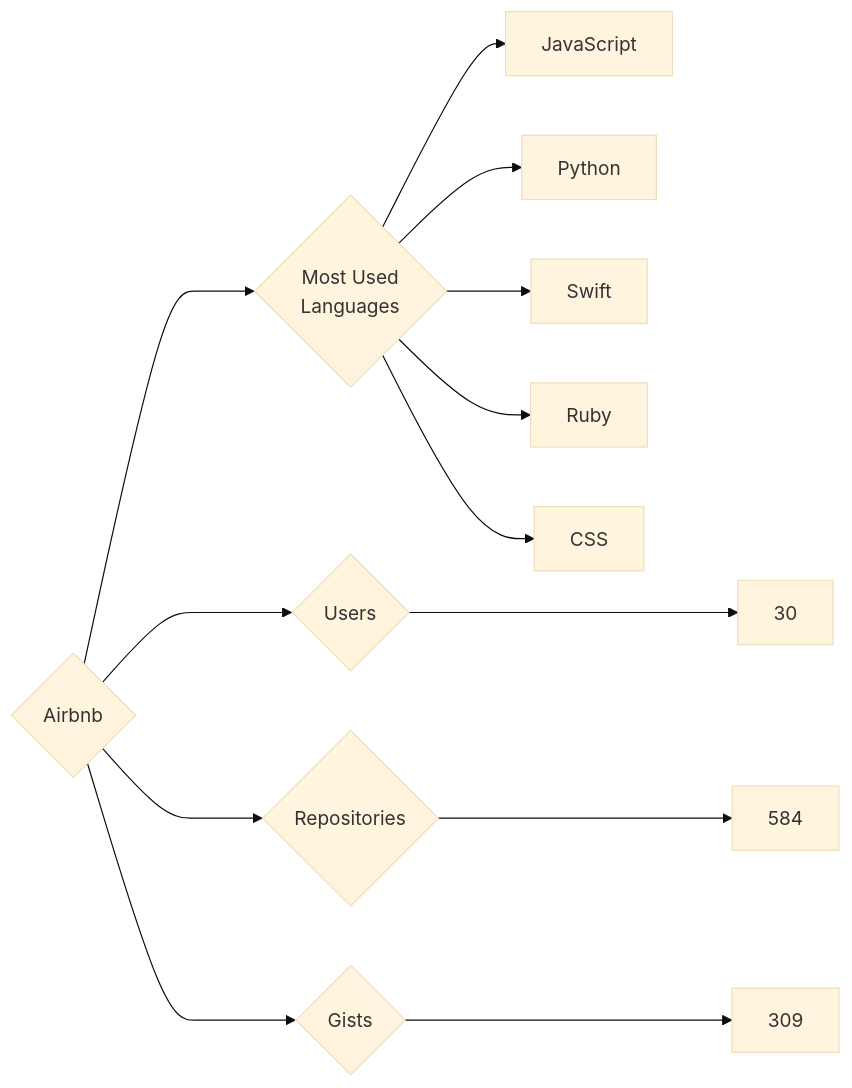
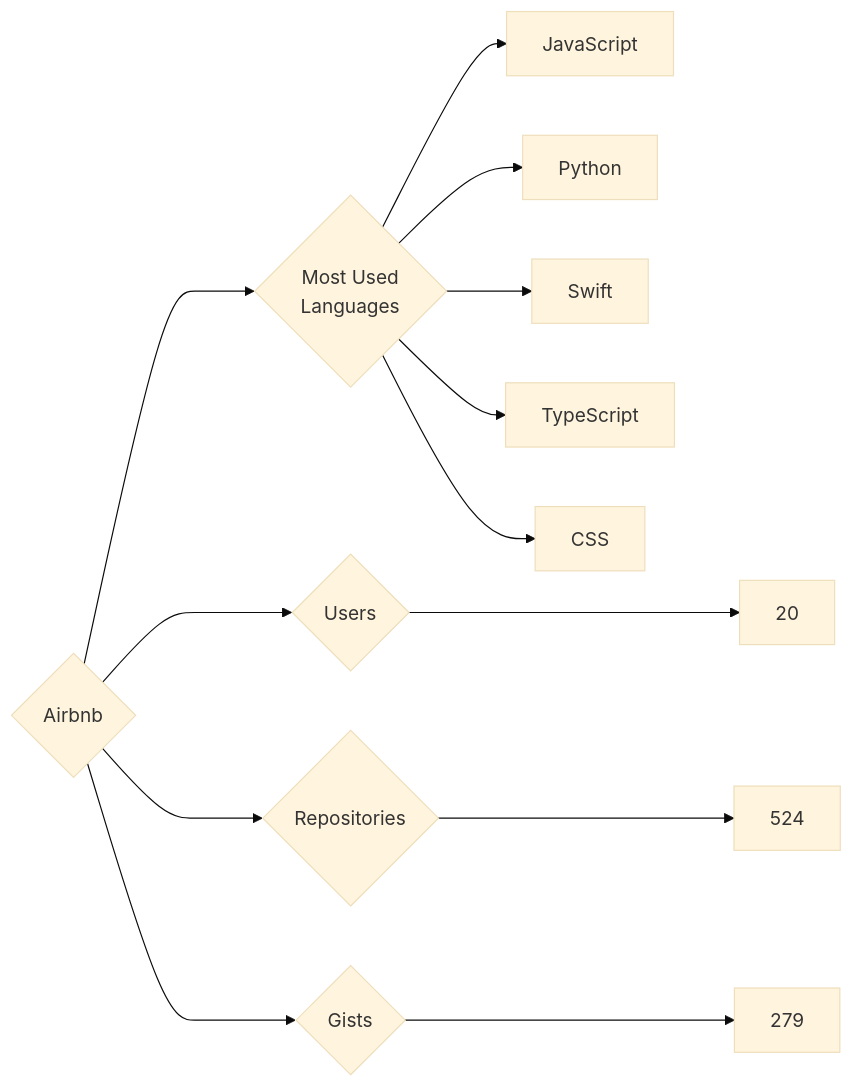
Before and after one commit to trickest/insiders: the diagram in targets/Airbnb/README.md, drawn with Mermaid (base theme). The commit also changed 682 other files, not shown here.

````diff
--- a/targets/Airbnb/README.md
+++ b/targets/Airbnb/README.md
@@ -3,13 +3,13 @@
 ```mermaid
 graph LR
 COMPANY_NAME{Airbnb}
-COMPANY_NAME ---> U{Users} ---> UN[30]
-COMPANY_NAME ---> R{Repositories} ---> RN[584]
-COMPANY_NAME ---> G{Gists} ---> GN[309]
+COMPANY_NAME ---> U{Users} ---> UN[20]
+COMPANY_NAME ---> R{Repositories} ---> RN[524]
+COMPANY_NAME ---> G{Gists} ---> GN[279]
 COMPANY_NAME ---> ML{Most Used<br>Languages}
 ML --> JavaScript[JavaScript]
 ML --> Python[Python]
 ML --> Swift[Swift]
-ML --> Ruby[Ruby]
+ML --> TypeScript[TypeScript]
 ML --> CSS[CSS]
 ```
````
